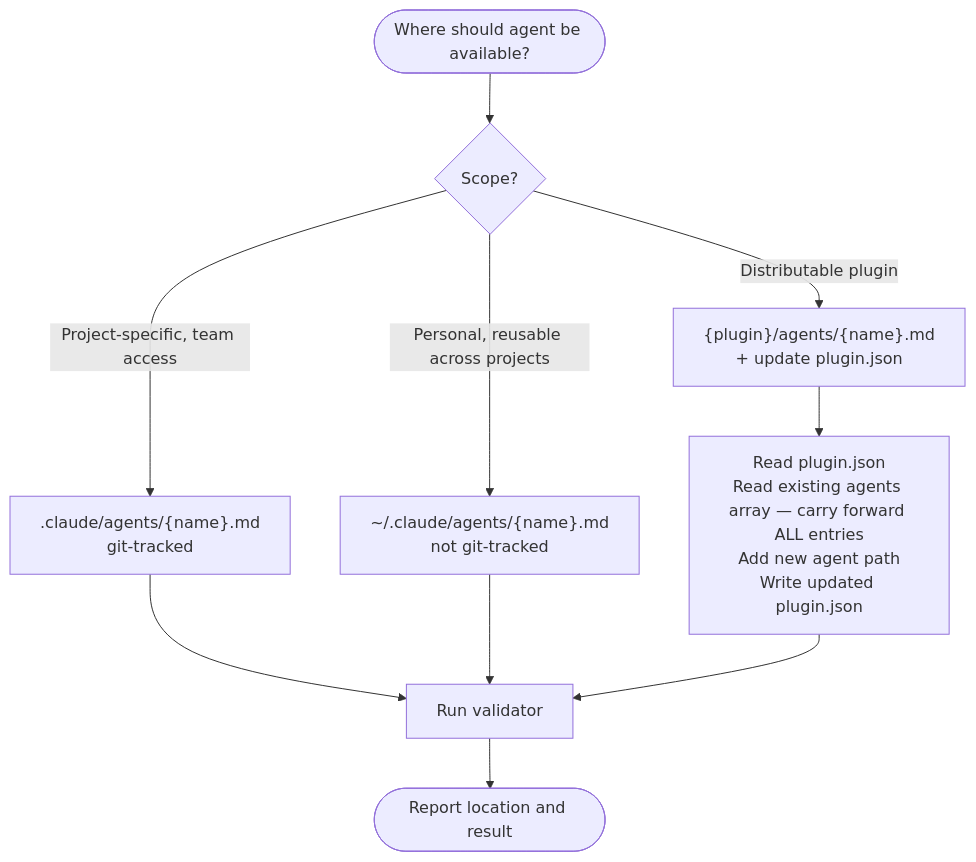
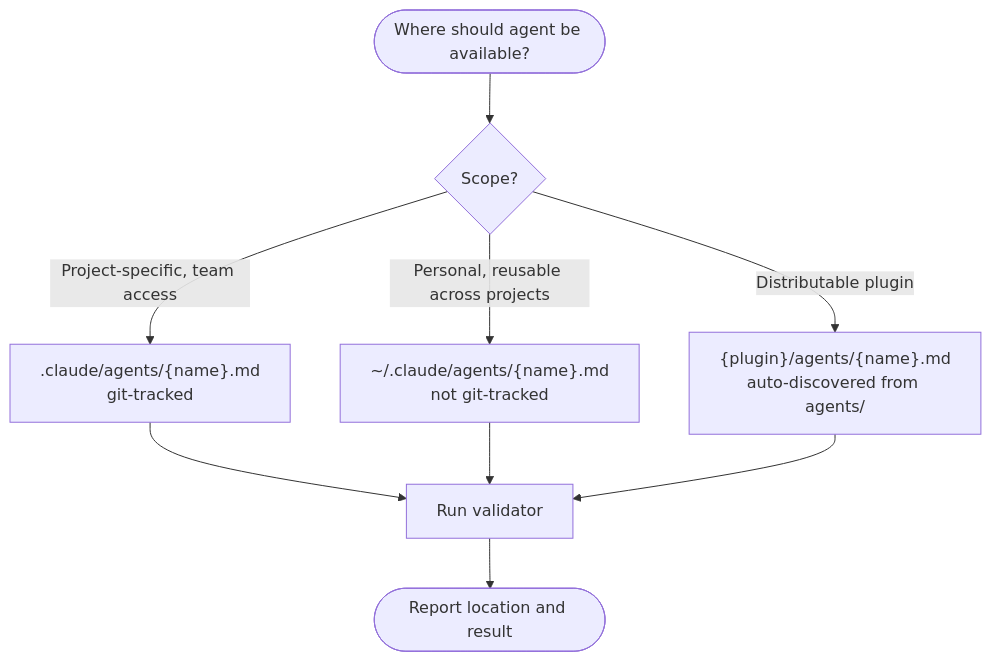
One commit to chgreer1070/claude_skills changed the third of 5 diagrams in plugins/plugin-creator/agents/agent-creator.md. Above: the diagram before and after it, drawn with Mermaid. The commit also changed other lines of this file and 16 other files, not shown here.

````diff
--- a/plugins/plugin-creator/agents/agent-creator.md
+++ b/plugins/plugin-creator/agents/agent-creator.md
@@ -136,12 +136,11 @@
 ```mermaid
 flowchart TD
     Start([Where should agent be available?]) --> Q1{Scope?}
     Q1 -->|Project-specific, team access| Project[".claude/agents/{name}.md<br>git-tracked"]
     Q1 -->|Personal, reusable across projects| User["~/.claude/agents/{name}.md<br>not git-tracked"]
-    Q1 -->|Distributable plugin| Plugin["{plugin}/agents/{name}.md<br>+ update plugin.json"]
+    Q1 -->|Distributable plugin| Plugin["{plugin}/agents/{name}.md<br>auto-discovered from agents/"]
     Project --> Validate[Run validator]
     User --> Validate
-    Plugin --> UpdateJSON["Read plugin.json<br>Read existing agents array — carry forward ALL entries<br>Add new agent path<br>Write updated plugin.json"]
-    UpdateJSON --> Validate
+    Plugin --> Validate
     Validate --> Done([Report location and result])
 ```
````
